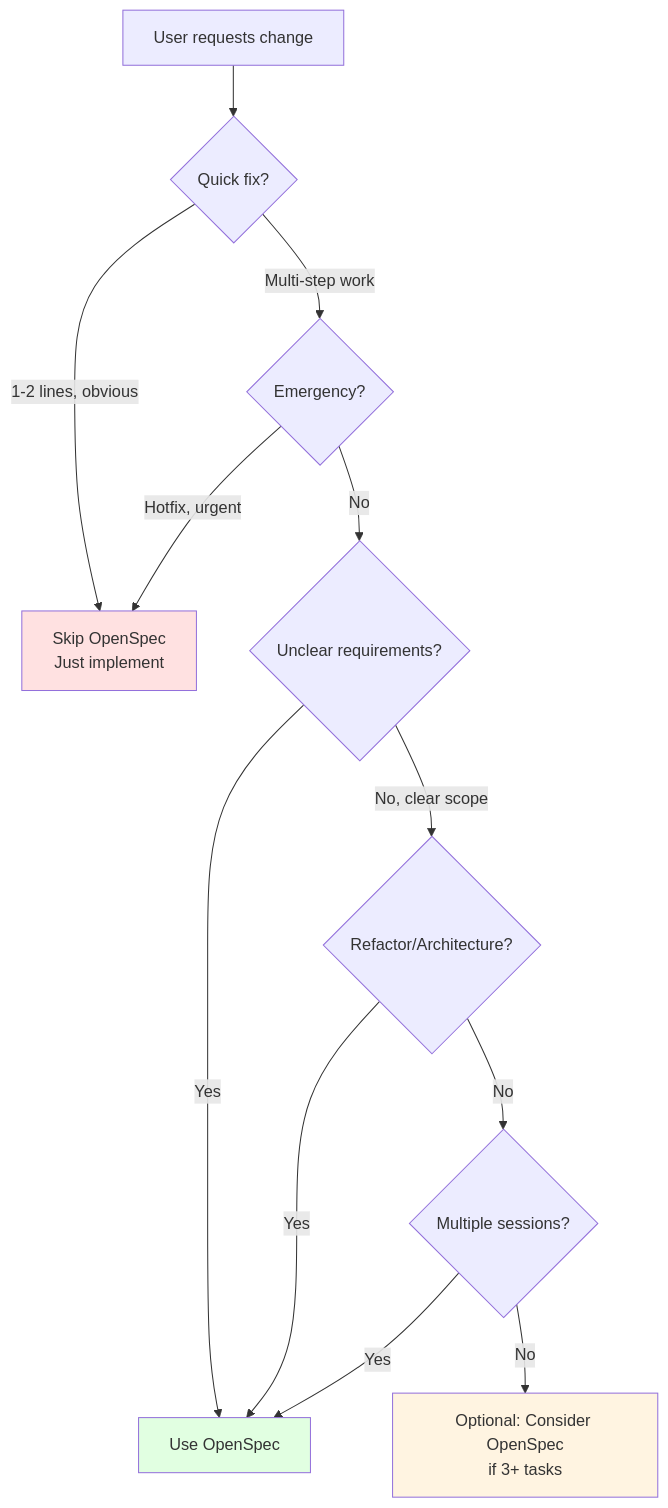
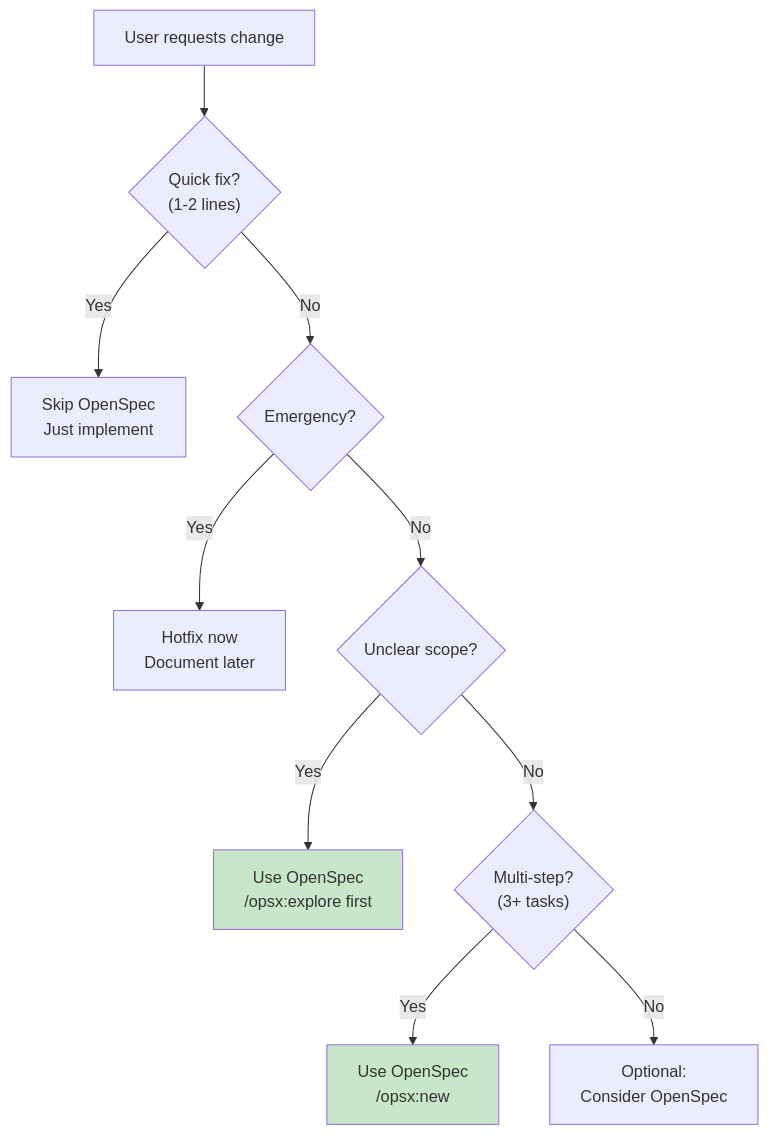
One commit to amauryconstant/germinator changed the fifth of 6 diagrams in .opencode/skills/openspec-concepts/SKILL.md. Above: the diagram before and after it, drawn with Mermaid. The commit also changed other lines of this file and 67 other files, not shown here.

First line of the commit message:
Restructure OpenSpec workflow with phase-based commands and agents

````diff
--- a/.opencode/skills/openspec-concepts/SKILL.md
+++ b/.opencode/skills/openspec-concepts/SKILL.md
@@ -86,22 +245,31 @@
 ```mermaid
-graph TD
-    A[User requests change] --> B{Quick fix?}
-    B -->|1-2 lines, obvious| C[Skip OpenSpec<br/>Just implement]
-    B -->|Multi-step work| D{Emergency?}
-
-    D -->|Hotfix, urgent| C
-    D -->|No| E{Unclear requirements?}
-
-    E -->|Yes| F[Use OpenSpec]
-    E -->|No, clear scope| G{Refactor/Architecture?}
-
-    G -->|Yes| F
-    G -->|No| H{Multiple sessions?}
-
-    H -->|Yes| F
-    H -->|No| I[Optional: Consider OpenSpec<br/>if 3+ tasks]
-
-    style C fill:#ffe1e1
-    style F fill:#e1ffe1
-    style I fill:#fff4e1
+graph TB
+    start["User requests change"]
+    
+    q1{"Quick fix?<br/>(1-2 lines)"}
+    skip1["Skip OpenSpec<br/>Just implement"]
+    
+    q2{"Emergency?"}
+    skip2["Hotfix now<br/>Document later"]
+    
+    q3{"Unclear scope?"}
+    use1["Use OpenSpec<br/>/opsx:explore first"]
+    
+    q4{"Multi-step?<br/>(3+ tasks)"}
+    use2["Use OpenSpec<br/>/opsx:new"]
+    
+    optional["Optional:<br/>Consider OpenSpec"]
+    
+    start --> q1
+    q1 -->|"Yes"| skip1
+    q1 -->|"No"| q2
+    q2 -->|"Yes"| skip2
+    q2 -->|"No"| q3
+    q3 -->|"Yes"| use1
+    q3 -->|"No"| q4
+    q4 -->|"Yes"| use2
+    q4 -->|"No"| optional
+    
+    style use1 fill:#c8e6c9
+    style use2 fill:#c8e6c9
 ```
````
